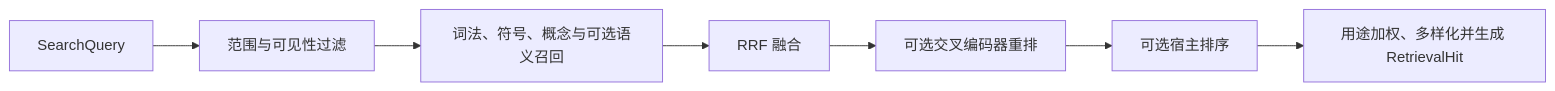
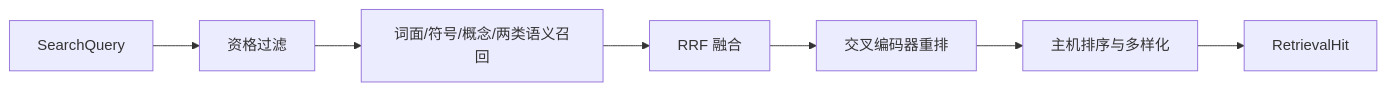
The diagram in .repo-review/knowledge/articles/0f4c98f99ec08ee9f67bc4c9abbbec7193e9e0c6a38384e2306d9c1cf84a9f03.md (lejunyang/omem), drawn with Mermaid before and after one commit. The commit also changed other lines of this file and 6 other files, not shown here.

````diff
--- a/.repo-review/knowledge/articles/0f4c98f99ec08ee9f67bc4c9abbbec7193e9e0c6a38384e2306d9c1cf84a9f03.md
+++ b/.repo-review/knowledge/articles/0f4c98f99ec08ee9f67bc4c9abbbec7193e9e0c6a38384e2306d9c1cf84a9f03.md
@@ -19,9 +25,9 @@
 ```mermaid
 flowchart LR
-  Q[SearchQuery] --> F[范围与可见性过滤]
-  F --> R[词法、符号、概念与可选语义召回]
-  R --> U[RRF 融合]
-  U --> X[可选交叉编码器重排]
-  X --> H[可选宿主排序]
-  H --> O[用途加权、多样化并生成 RetrievalHit]
+  Q[SearchQuery] --> A[资格过滤]
+  A --> B[词面/符号/概念/两类语义召回]
+  B --> C[RRF 融合]
+  C --> D[交叉编码器重排]
+  D --> E[主机排序与多样化]
+  E --> F[RetrievalHit]
 ```
````
